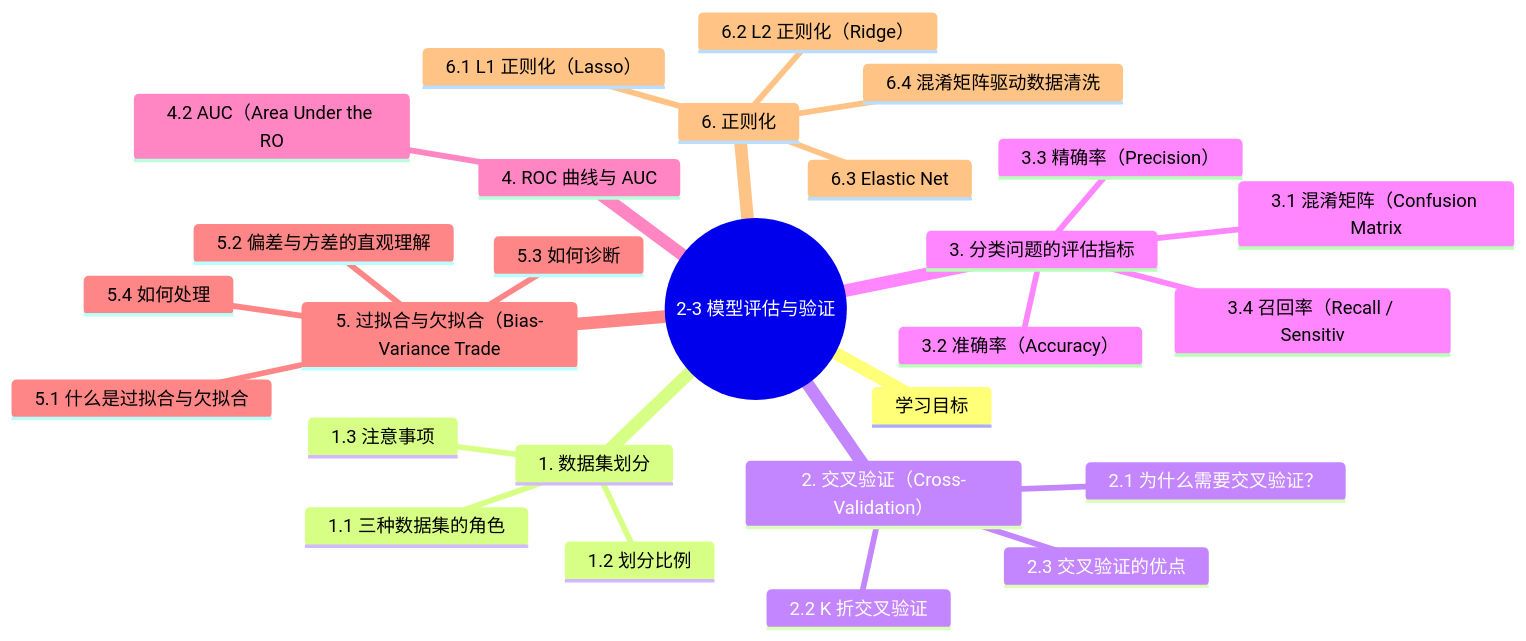
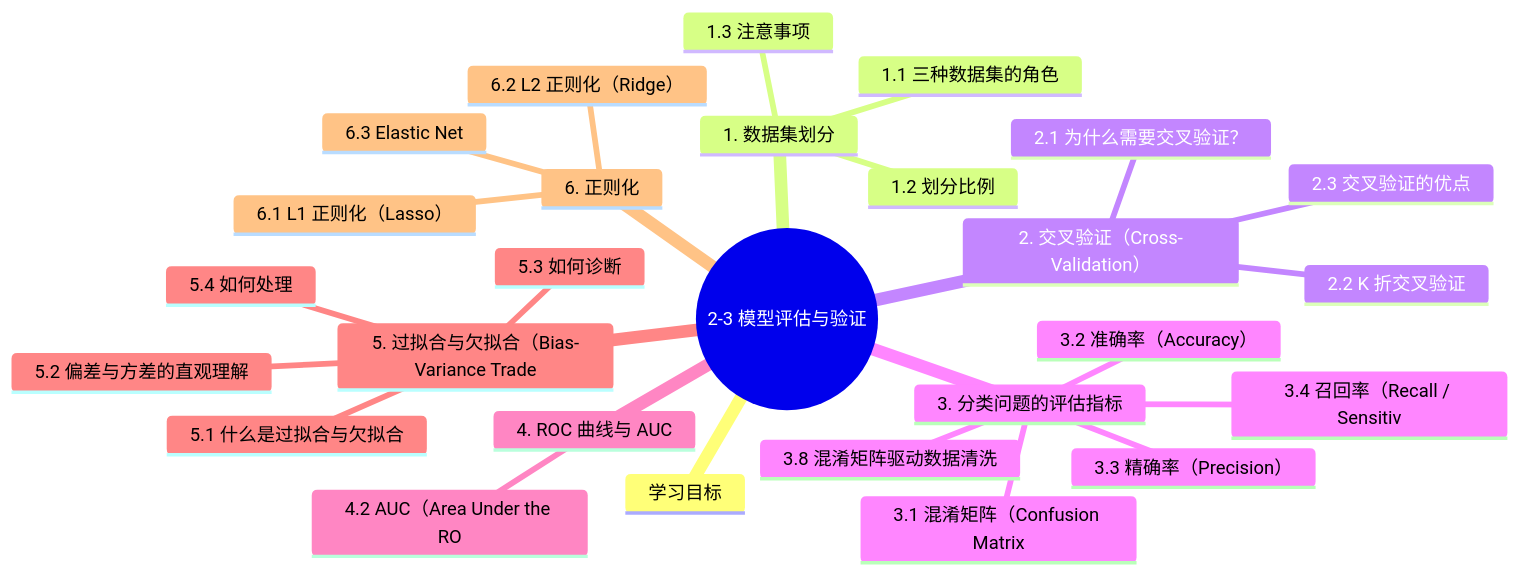
Before and after one commit to dwSun/AI-Tutorial: the third of 3 diagrams in chapters/PART2-机器学习基础/2-3-模型评估与验证.md, drawn with Mermaid. The commit also changed other lines of this file and 47 other files, not shown here.

````diff
--- a/chapters/PART2-机器学习基础/2-3-模型评估与验证.md
+++ b/chapters/PART2-机器学习基础/2-3-模型评估与验证.md
@@ -939,30 +906,30 @@
 ```mermaid
 mindmap
   root((2-3 模型评估与验证))
     学习目标
     1. 数据集划分
       1.1 三种数据集的角色
       1.2 划分比例
       1.3 注意事项
     2. 交叉验证（Cross-Validation）
       2.1 为什么需要交叉验证？
       2.2 K 折交叉验证
       2.3 交叉验证的优点
     3. 分类问题的评估指标
       3.1 混淆矩阵（Confusion Matrix
       3.2 准确率（Accuracy）
       3.3 精确率（Precision）
       3.4 召回率（Recall / Sensitiv
+      3.8 混淆矩阵驱动数据清洗
     4. ROC 曲线与 AUC
       4.2 AUC（Area Under the RO
     5. 过拟合与欠拟合（Bias-Variance Trade
       5.1 什么是过拟合与欠拟合
       5.2 偏差与方差的直观理解
       5.3 如何诊断
       5.4 如何处理
     6. 正则化
       6.1 L1 正则化（Lasso）
       6.2 L2 正则化（Ridge）
       6.3 Elastic Net
-      6.4 混淆矩阵驱动数据清洗
 ```
````
